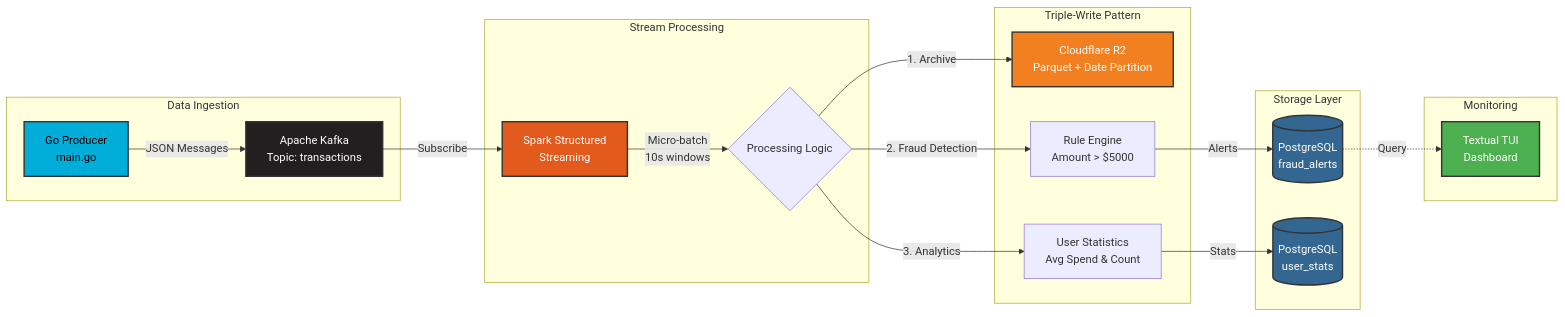
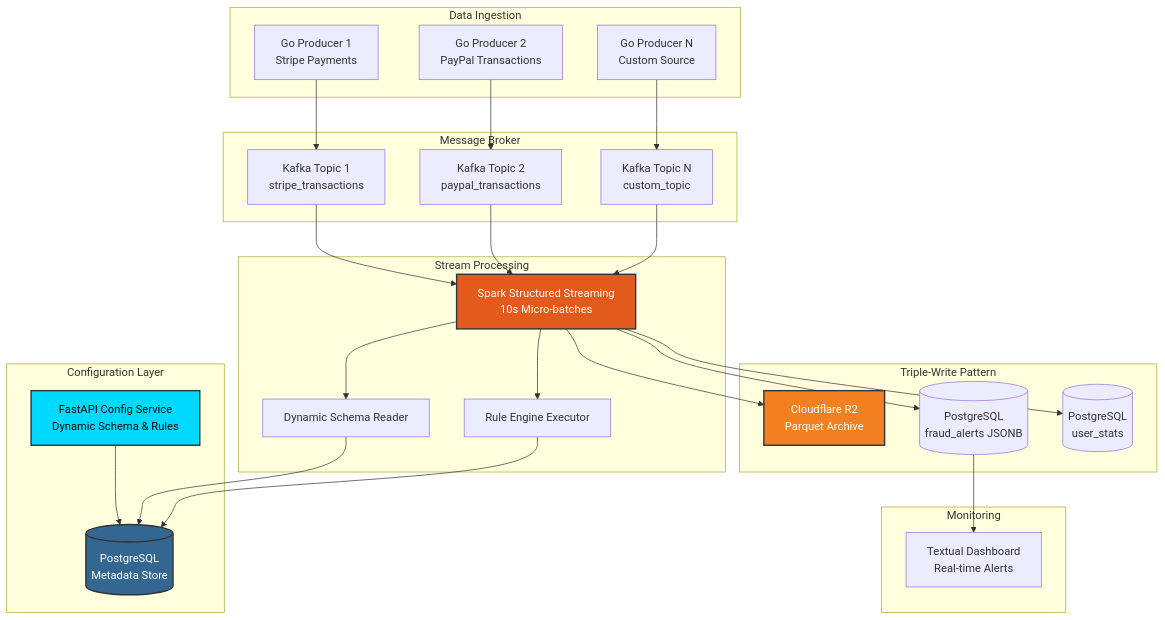
One commit to VikranthBala/sentinel changed the diagram in README.md. Above: the diagram before and after it, drawn with Mermaid. The commit also changed other lines of this file, not shown here.

````diff
--- a/README.md
+++ b/README.md
@@ -38,34 +87,59 @@
 ```mermaid
-graph LR
+graph TB
+    subgraph "Configuration Layer"
+        API[FastAPI Config Service<br/>Dynamic Schema & Rules]
+        DB[(PostgreSQL<br/>Metadata Store)]
+        API --> DB
+    end
+    
     subgraph "Data Ingestion"
-        A[Go Producer<br/>main.go] -->|JSON Messages| B[Apache Kafka<br/>Topic: transactions]
+        P1[Go Producer 1<br/>Stripe Payments]
+        P2[Go Producer 2<br/>PayPal Transactions]
+        P3[Go Producer N<br/>Custom Source]
+    end
+    
+    subgraph "Message Broker"
+        K1[Kafka Topic 1<br/>stripe_transactions]
+        K2[Kafka Topic 2<br/>paypal_transactions]
+        K3[Kafka Topic N<br/>custom_topic]
     end
     
     subgraph "Stream Processing"
-        B -->|Subscribe| C[Spark Structured<br/>Streaming]
-        C -->|Micro-batch<br/>10s windows| D{Processing Logic}
+        SPARK[Spark Structured Streaming<br/>10s Micro-batches]
+        SCHEMA[Dynamic Schema Reader]
+        RULES[Rule Engine Executor]
+        
+        SPARK --> SCHEMA
+        SPARK --> RULES
+        SCHEMA --> DB
+        RULES --> DB
     end
     
     subgraph "Triple-Write Pattern"
-        D -->|1. Archive| E[Cloudflare R2<br/>Parquet + Date Partition]
-        D -->|2. Fraud Detection| F[Rule Engine<br/>Amount > $5000]
-        D -->|3. Analytics| G[User Statistics<br/>Avg Spend & Count]
-    end
-    
-    subgraph "Storage Layer"
-        F -->|Alerts| H[(PostgreSQL<br/>fraud_alerts)]
-        G -->|Stats| I[(PostgreSQL<br/>user_stats)]
+        R2[Cloudflare R2<br/>Parquet Archive]
+        ALERTS[(PostgreSQL<br/>fraud_alerts JSONB)]
+        STATS[(PostgreSQL<br/>user_stats)]
     end
     
     subgraph "Monitoring"
-        H -.->|Query| J[Textual TUI<br/>Dashboard]
+        TUI[Textual Dashboard<br/>Real-time Alerts]
+        ALERTS --> TUI
     end
     
-    style A fill:#00ADD8,stroke:#333,stroke-width:2px,color:#000
-    style B fill:#231F20,stroke:#333,stroke-width:2px,color:#fff
-    style C fill:#E25A1C,stroke:#333,stroke-width:2px,color:#fff
-    style E fill:#F38020,stroke:#333,stroke-width:2px,color:#fff
-    style H fill:#336791,stroke:#333,stroke-width:2px,color:#fff
-    style I fill:#336791,stroke:#333,stroke-width:2px,color:#fff
-    style J fill:#4CAF50,stroke:#333,stroke-width:2px,color:#fff
+    P1 --> K1
+    P2 --> K2
+    P3 --> K3
+    
+    K1 --> SPARK
+    K2 --> SPARK
+    K3 --> SPARK
+    
+    SPARK --> R2
+    SPARK --> ALERTS
+    SPARK --> STATS
+    
+    style API fill:#00D9FF,stroke:#333,stroke-width:2px,color:#000
+    style SPARK fill:#E25A1C,stroke:#333,stroke-width:2px,color:#fff
+    style R2 fill:#F38020,stroke:#333,stroke-width:2px,color:#fff
+    style DB fill:#336791,stroke:#333,stroke-width:2px,color:#fff
 ```
````
